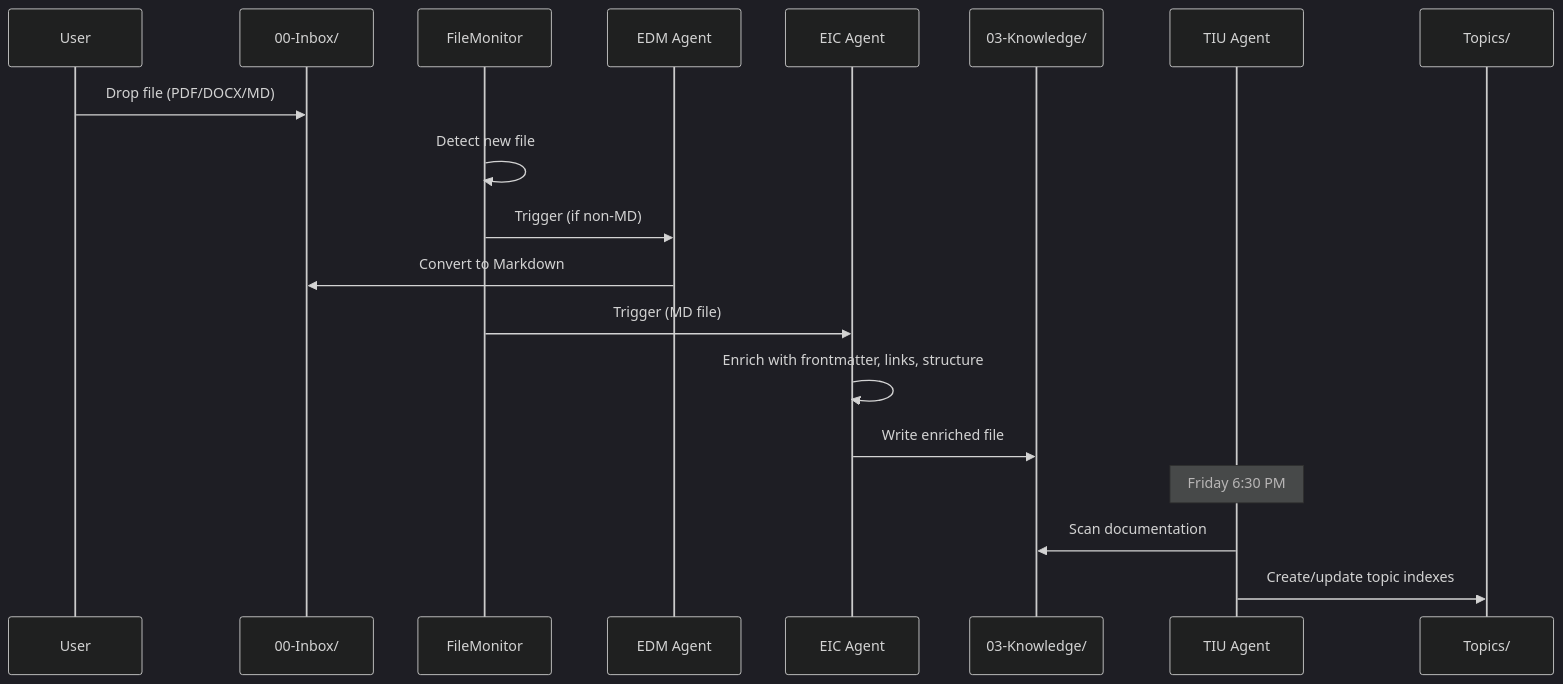
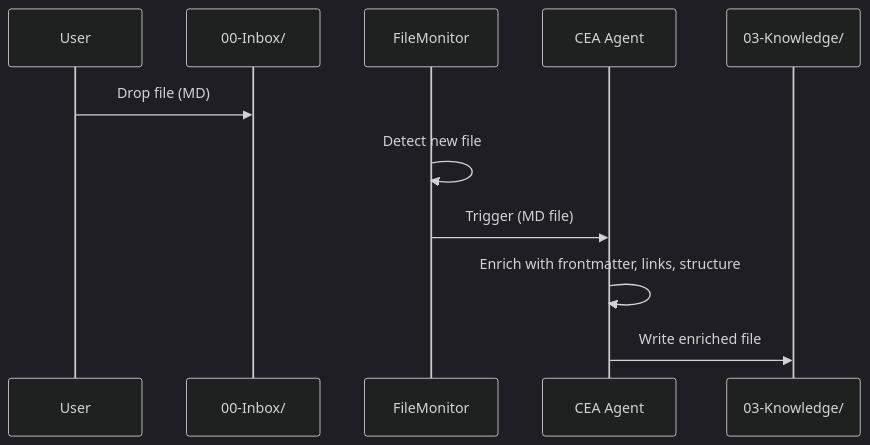
One commit to kipackjeongMS/DuckyAI changed the ninth of 15 diagrams in cli/docs/DuckyAI-System-Design.md. Above: the diagram before and after it, drawn with Mermaid (dark theme). The commit also changed other lines of this file and 173 other files, not shown here.

````diff
--- a/cli/docs/DuckyAI-System-Design.md
+++ b/cli/docs/DuckyAI-System-Design.md
@@ -431,22 +422,14 @@
 ```mermaid
 sequenceDiagram
     participant U as User
     participant INB as 00-Inbox/
     participant FM as FileMonitor
-    participant EDM as EDM Agent
-    participant EIC as EIC Agent
+    participant CEA as CEA Agent
     participant KNW as 03-Knowledge/
-    participant TIU as TIU Agent
-    participant TOP as Topics/
 
-    U->>INB: Drop file (PDF/DOCX/MD)
+    U->>INB: Drop file (MD)
     FM->>FM: Detect new file
-    FM->>EDM: Trigger (if non-MD)
-    EDM->>INB: Convert to Markdown
-    FM->>EIC: Trigger (MD file)
-    EIC->>EIC: Enrich with frontmatter, links, structure
-    EIC->>KNW: Write enriched file
-    Note over TIU: Friday 6:30 PM
-    TIU->>KNW: Scan documentation
-    TIU->>TOP: Create/update topic indexes
+    FM->>CEA: Trigger (MD file)
+    CEA->>CEA: Enrich with frontmatter, links, structure
+    CEA->>KNW: Write enriched file
 ```
````
